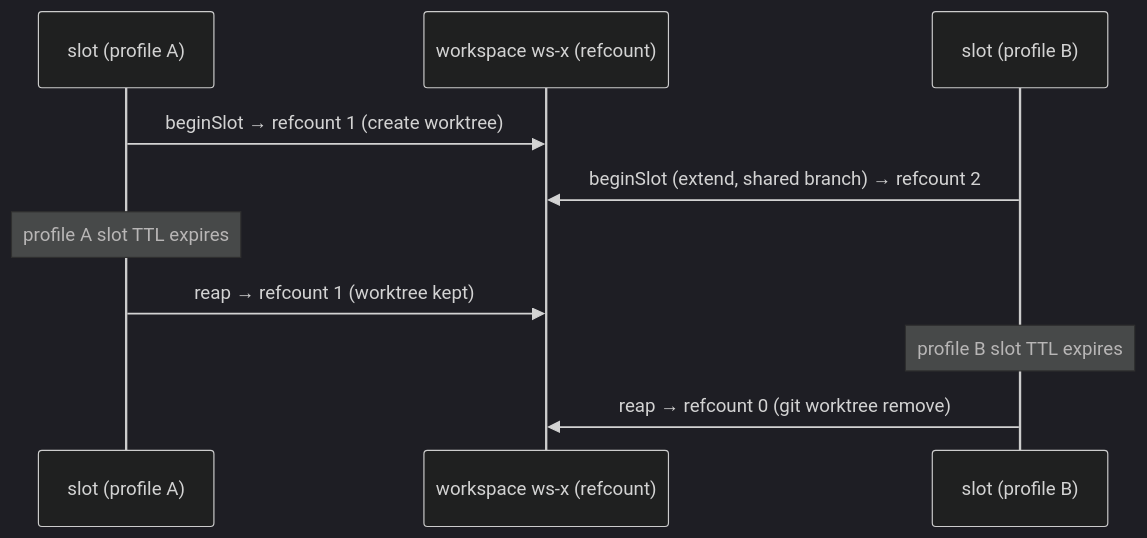
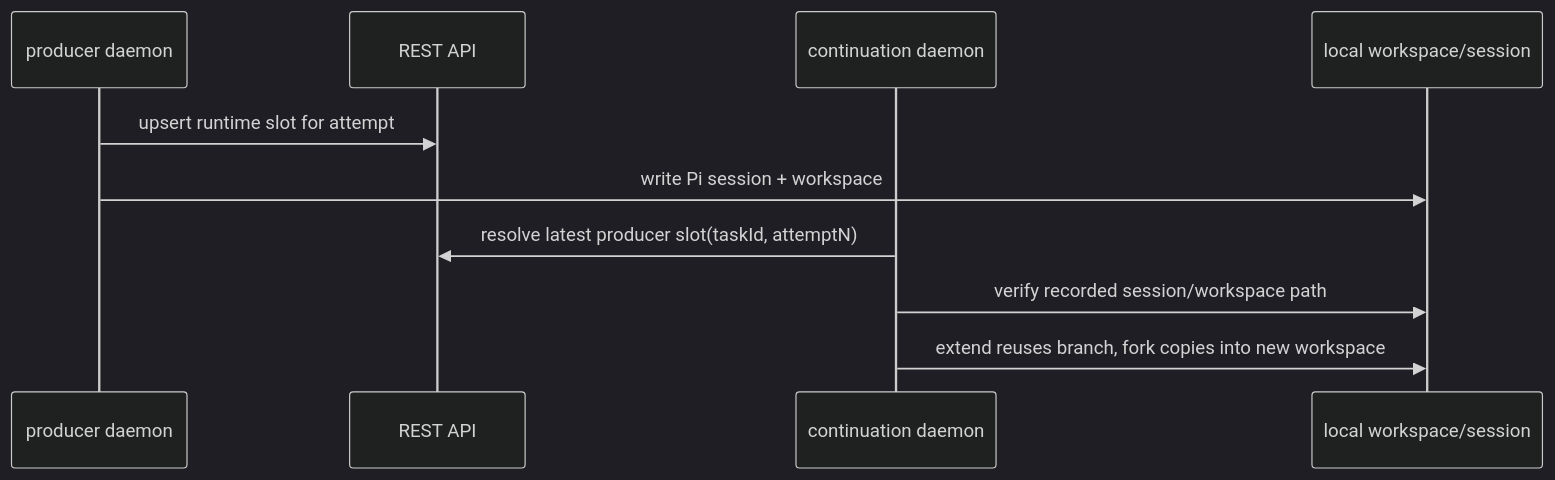
Before and after one commit to getlarge/themoltnet: the diagram in docs/understand/agent-runtime.md, drawn with Mermaid (dark theme). The commit also changed other lines of this file and 44 other files, not shown here.

````diff
--- a/docs/understand/agent-runtime.md
+++ b/docs/understand/agent-runtime.md
@@ -213,12 +212,12 @@
 ```mermaid
 sequenceDiagram
-    participant A as slot (profile A)
-    participant W as workspace ws-x (refcount)
-    participant B as slot (profile B)
-    A->>W: beginSlot → refcount 1 (create worktree)
-    B->>W: beginSlot (extend, shared branch) → refcount 2
-    Note over A: profile A slot TTL expires
-    A->>W: reap → refcount 1 (worktree kept)
-    Note over B: profile B slot TTL expires
-    B->>W: reap → refcount 0 (git worktree remove)
+    participant A as producer daemon
+    participant API as REST API
+    participant B as continuation daemon
+    participant W as local workspace/session
+    A->>API: upsert runtime slot for attempt
+    A->>W: write Pi session + workspace
+    B->>API: resolve latest producer slot(taskId, attemptN)
+    B->>W: verify recorded session/workspace path
+    B->>W: extend reuses branch, fork copies into new workspace
 ```
````
